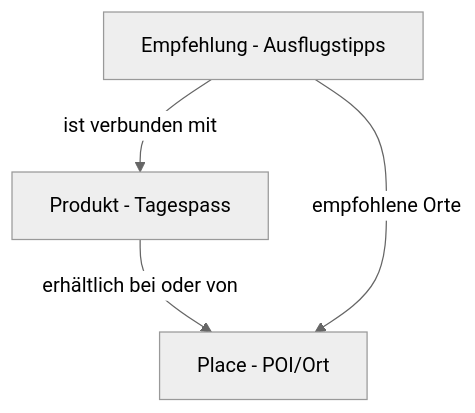
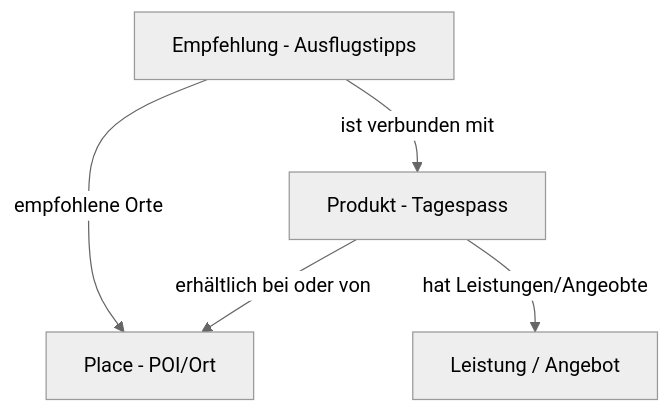
The first of 3 diagrams in docs/dev/projects/glarnerlandApp.md (tsolenthaler/docs.contentdesk.io), drawn with Mermaid (neutral theme) before and after one commit. The commit also changed other lines of this file and 1 other file, not shown here.

````diff
--- a/docs/dev/projects/glarnerlandApp.md
+++ b/docs/dev/projects/glarnerlandApp.md
@@ -6,7 +12,9 @@
 ``` mermaid
 graph TD
     Product[Produkt - Tagespass]-->|erhältlich bei oder von|Place[Place - POI/Ort]
 
     Recommendation[Empfehlung - Ausflugstipps] -->|empfohlene Orte|Place
     Recommendation -->|ist verbunden mit|Product
+    Product -->|hat Leistungen/Angeobte|Offer
+    Offer[Leistung / Angebot]
 ```
````
